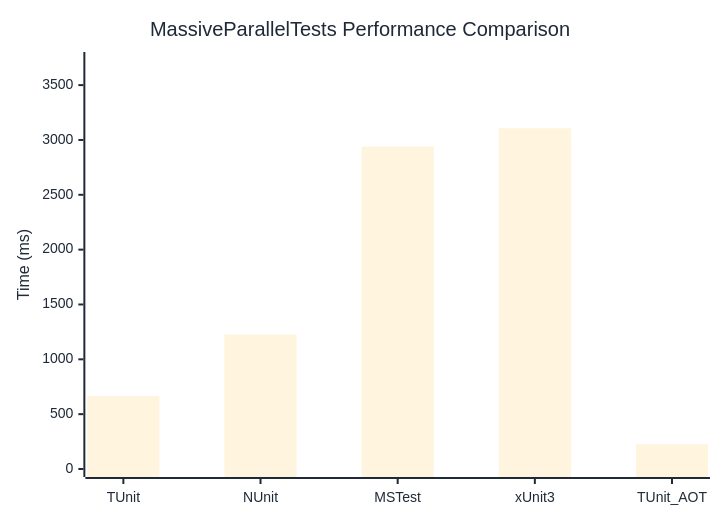
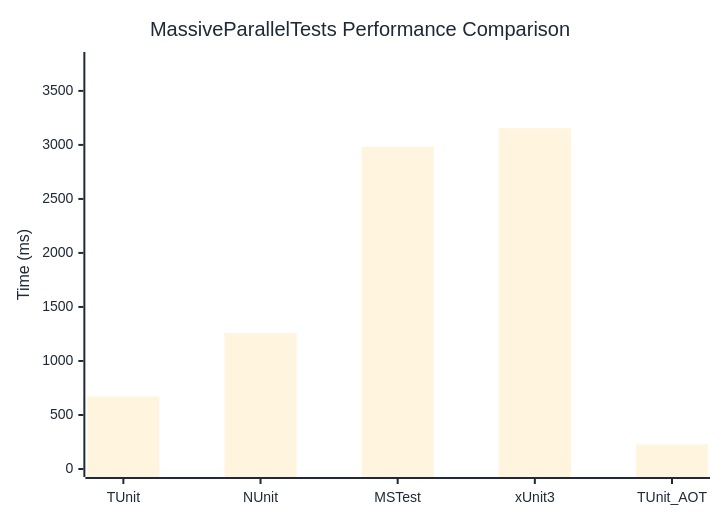
Before and after one commit to thomhurst/TUnit: the diagram in docs/docs/benchmarks/MassiveParallelTests.md, drawn with Mermaid. The commit also changed other lines of this file and 17 other files, not shown here.

````diff
--- a/docs/docs/benchmarks/MassiveParallelTests.md
+++ b/docs/docs/benchmarks/MassiveParallelTests.md
@@ -27,37 +27,37 @@
 ```mermaid
 %%{init: {
   'theme':'base',
   'themeVariables': {
     'primaryColor': '#2563eb',
     'primaryTextColor': '#1f2937',
     'primaryBorderColor': '#1e40af',
     'lineColor': '#6b7280',
     'secondaryColor': '#7c3aed',
     'tertiaryColor': '#dc2626',
     'background': '#ffffff',
     'mainBkg': '#2563eb',
     'secondBkg': '#7c3aed',
     'tertiaryBkg': '#dc2626',
     'clusterBkg': '#f3f4f6',
     'edgeLabelBackground': '#ffffff',
     'tertiaryTextColor': '#1f2937',
     'pie1': '#2563eb',
     'pie2': '#7c3aed',
     'pie3': '#dc2626',
     'pie4': '#f59e0b',
     'pie5': '#10b981',
     'pie6': '#06b6d4',
     'pie7': '#ec4899',
     'pie8': '#6366f1',
     'pie9': '#84cc16',
     'pie10': '#f97316',
     'pie11': '#14b8a6',
     'pie12': '#a855f7'
   }
 }}%%
 xychart-beta
   title "MassiveParallelTests Performance Comparison"
   x-axis ["TUnit", "NUnit", "MSTest", "xUnit3", "TUnit_AOT"]
-  y-axis "Time (ms)" 0 --> 3729
-  bar [664.9, 1226.4, 2940.4, 3107.3, 226.9]
+  y-axis "Time (ms)" 0 --> 3786
+  bar [671.8, 1257.7, 2983.5, 3154.8, 227.4]
 ```
````
